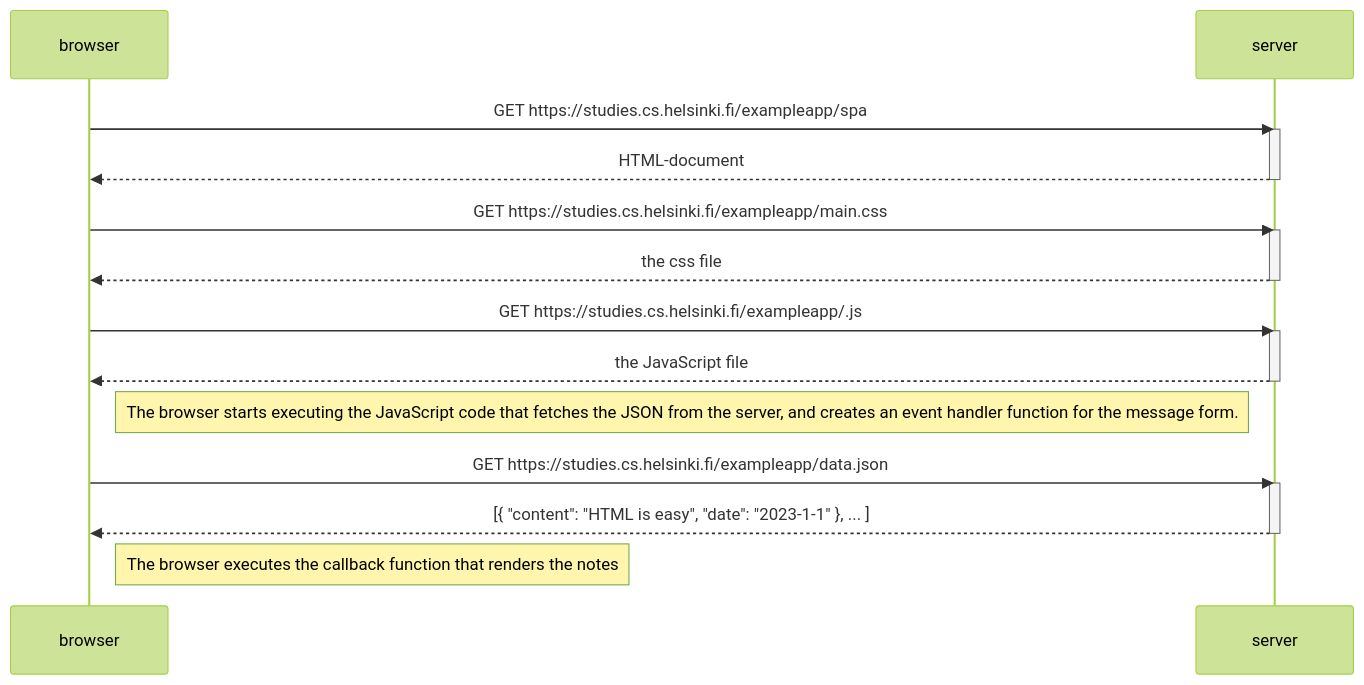
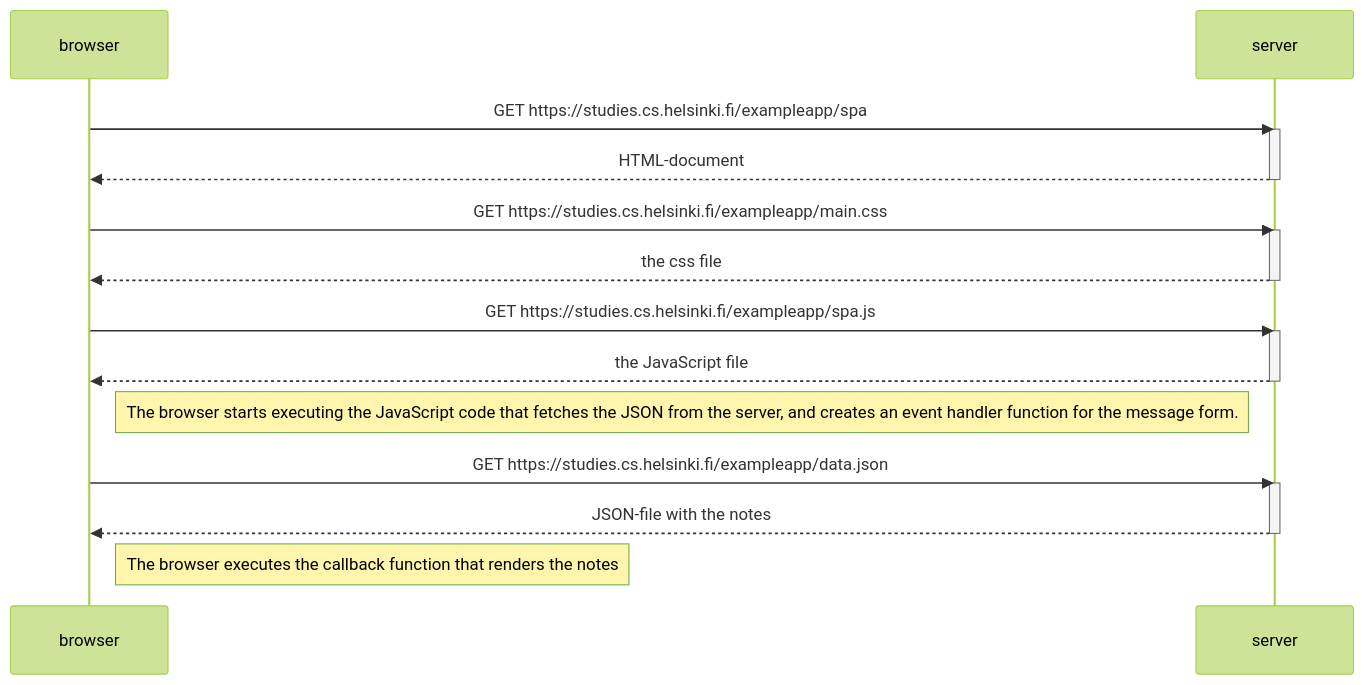
Before and after one commit to onnimie/fullstack-course: the diagram in osa1/0.5/seq-diag.md, drawn with Mermaid (forest theme).

````diff
--- a/osa1/0.5/seq-diag.md
+++ b/osa1/0.5/seq-diag.md
@@ -3,29 +3,29 @@
 ```mermaid
 sequenceDiagram
     participant browser
     participant server
     
     browser->>server: GET https://studies.cs.helsinki.fi/exampleapp/spa
     activate server
     server-->>browser: HTML-document
     deactivate server
     
     browser->>server: GET https://studies.cs.helsinki.fi/exampleapp/main.css
     activate server
     server-->>browser: the css file
     deactivate server
     
-    browser->>server: GET https://studies.cs.helsinki.fi/exampleapp/.js
+    browser->>server: GET https://studies.cs.helsinki.fi/exampleapp/spa.js
     activate server
     server-->>browser: the JavaScript file
     deactivate server
     
     Note right of browser: The browser starts executing the JavaScript code that fetches the JSON from the server, and creates an event handler function for the message form.
     
     browser->>server: GET https://studies.cs.helsinki.fi/exampleapp/data.json
     activate server
-    server-->>browser: [{ "content": "HTML is easy", "date": "2023-1-1" }, ... ]
+    server-->>browser: JSON-file with the notes
     deactivate server    
 
     Note right of browser: The browser executes the callback function that renders the notes 
 ```
````
